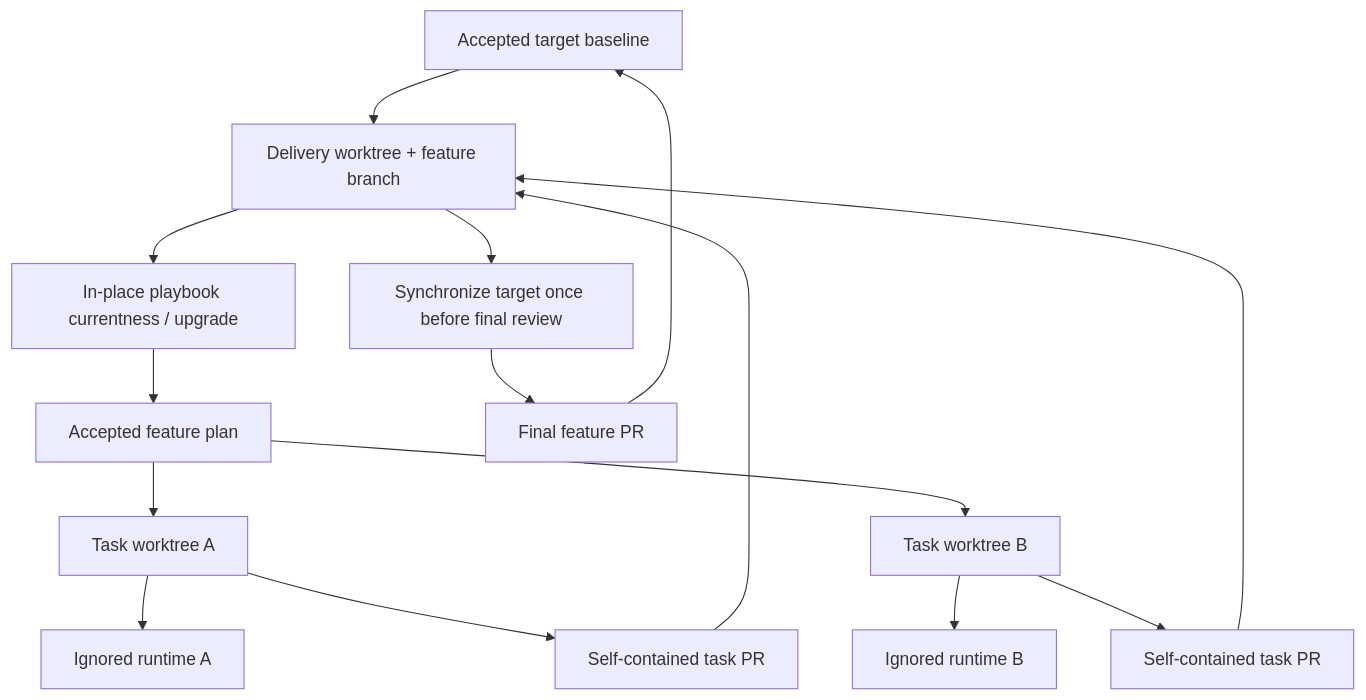
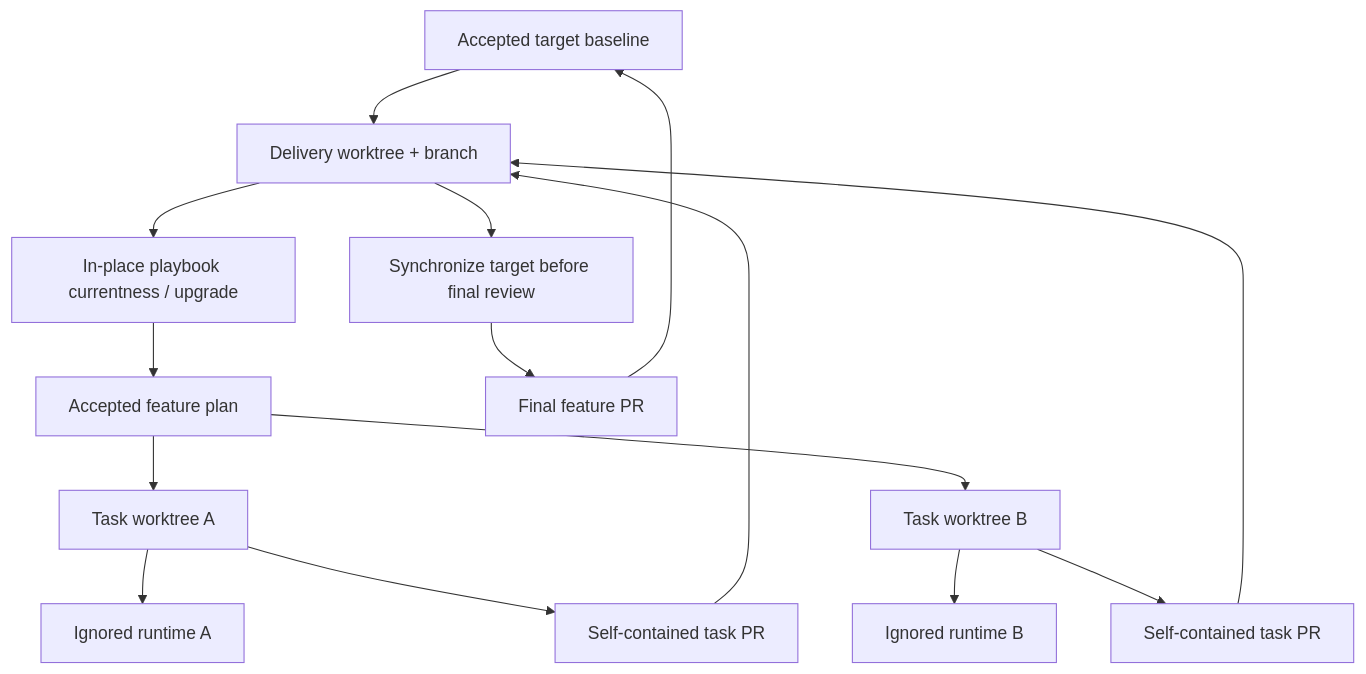
One commit to hhhhhusky777/spec-driven-delivery-playbook changed diagram 11 of 11 in README.md. Above: the diagram before and after it, drawn with Mermaid. The commit also changed other lines of this file and 9 other files, not shown here.

````diff
--- a/README.md
+++ b/README.md
@@ -433,17 +433,17 @@
 ```mermaid
 flowchart TD
-    M["Accepted target baseline"] --> B["Delivery worktree + feature branch"]
+    M["Accepted target baseline"] --> B["Delivery worktree + branch"]
     B --> U["In-place playbook currentness / upgrade"]
     U --> F["Accepted feature plan"]
     F --> T1["Task worktree A"]
     F --> T2["Task worktree B"]
     T1 --> R1["Ignored runtime A"]
     T2 --> R2["Ignored runtime B"]
     T1 --> P1["Self-contained task PR"]
     T2 --> P2["Self-contained task PR"]
     P1 --> B
     P2 --> B
-    B --> S["Synchronize target once before final review"]
+    B --> S["Synchronize target before final review"]
     S --> FP["Final feature PR"]
     FP --> M
 ```
````
